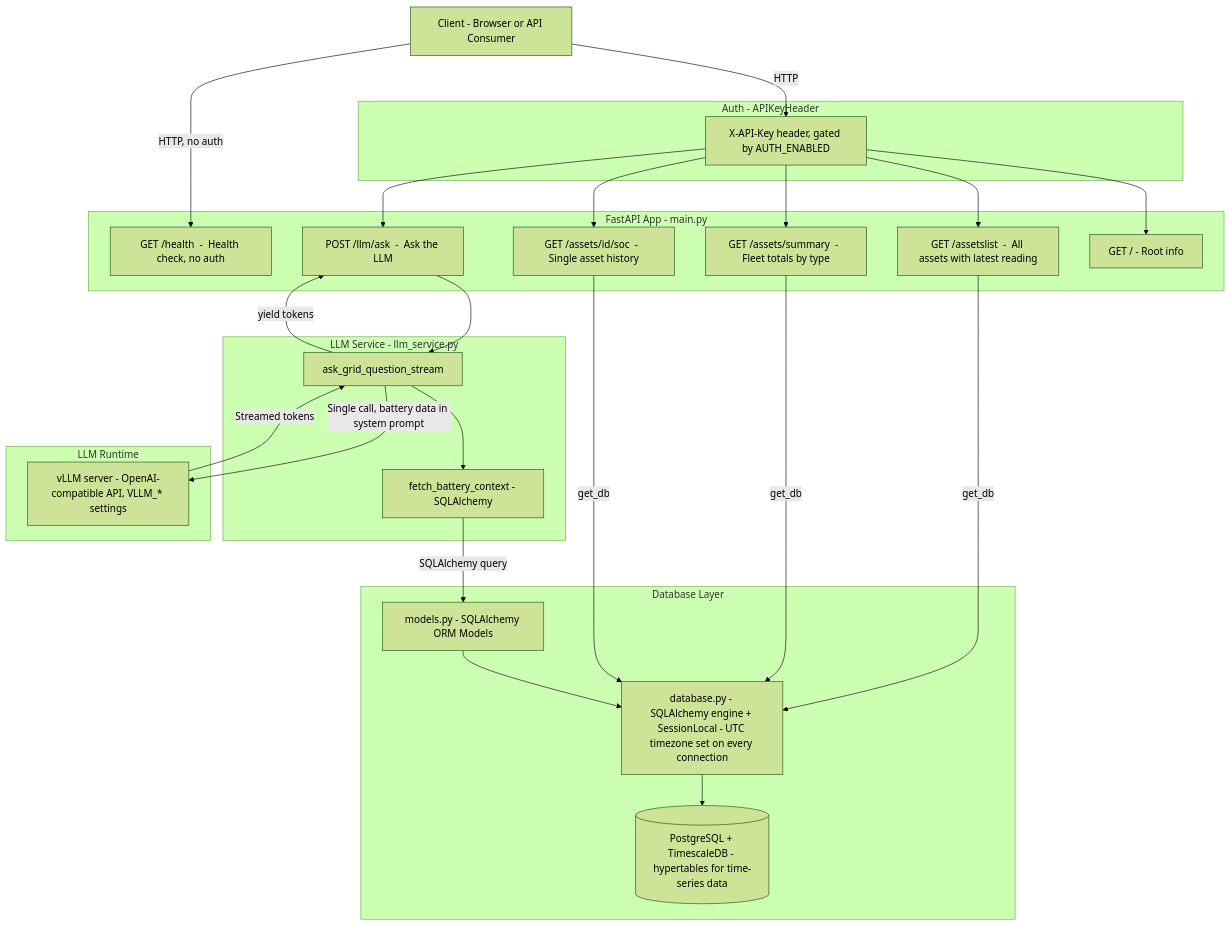
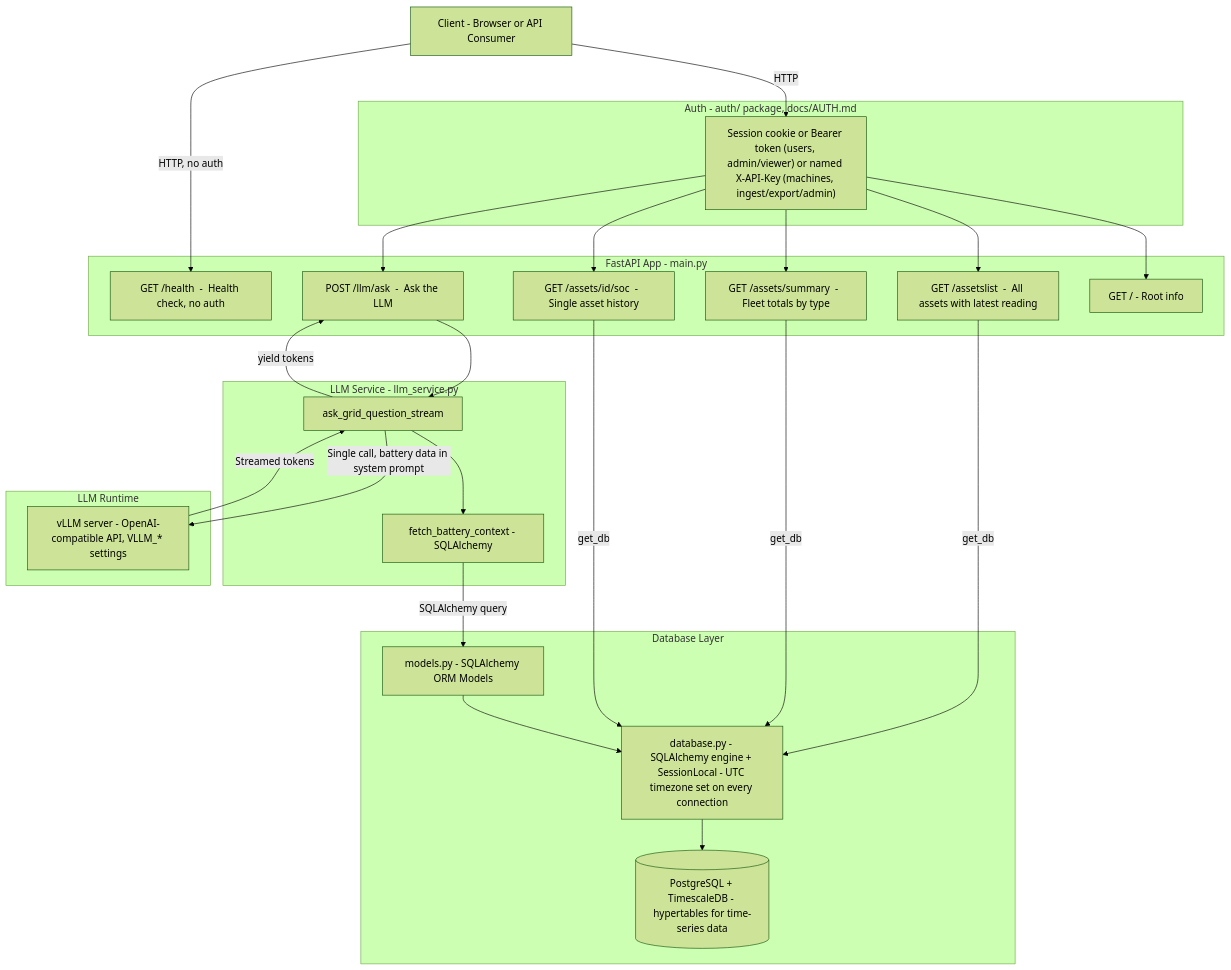
The second of 3 diagrams in README.md (OpenFoundationRenewableOperationGrids/rada-backend), drawn with Mermaid (forest theme) before and after one commit. The commit also changed other lines of this file and 20 other files, not shown here.

First line of the commit message:
feat(be-04): sign-in, admin/viewer roles and named API keys (#60)

````diff
--- a/README.md
+++ b/README.md
@@ -79,53 +79,53 @@
 ```mermaid
 graph TB
     Client["Client - Browser or API Consumer"]
 
     subgraph Backend ["FastAPI App - main.py"]
         Root["GET /  -  Root info"]
         Health["GET /health  -  Health check, no auth"]
         AssetsList["GET /assetslist  -  All assets with latest reading"]
         Summary["GET /assets/summary  -  Fleet totals by type"]
         Detail["GET /assets/id/soc  -  Single asset history"]
         LLM["POST /llm/ask  -  Ask the LLM"]
     end
 
-    subgraph AuthLayer ["Auth - APIKeyHeader"]
-        APIKey["X-API-Key header, gated by AUTH_ENABLED"]
+    subgraph AuthLayer ["Auth - auth/ package, docs/AUTH.md"]
+        APIKey["Session cookie or Bearer token (users, admin/viewer) or named X-API-Key (machines, ingest/export/admin)"]
     end
 
     subgraph LLMLayer ["LLM Service - llm_service.py"]
         AskStream["ask_grid_question_stream"]
         FetchCtx["fetch_battery_context - SQLAlchemy"]
     end
 
     subgraph DB ["Database Layer"]
         Database["database.py - SQLAlchemy engine + SessionLocal - UTC timezone set on every connection"]
         Models["models.py - SQLAlchemy ORM Models"]
         TSDB[("PostgreSQL + TimescaleDB - hypertables for time-series data")]
     end
 
     subgraph AI ["LLM Runtime"]
         VLLM["vLLM server - OpenAI-compatible API, VLLM_* settings"]
     end
 
     Client -->|HTTP| APIKey
     APIKey --> Root
     APIKey --> AssetsList
     APIKey --> Summary
     APIKey --> Detail
     APIKey --> LLM
     Client -->|HTTP, no auth| Health
 
     AssetsList -->|get_db| Database
     Summary -->|get_db| Database
     Detail -->|get_db| Database
     Database --> TSDB
 
     LLM --> AskStream
     AskStream --> FetchCtx
     FetchCtx -->|SQLAlchemy query| Models
     Models --> Database
     AskStream -->|Single call, battery data in system prompt| VLLM
     VLLM -->|Streamed tokens| AskStream
     AskStream -->|yield tokens| LLM
 ```
````
